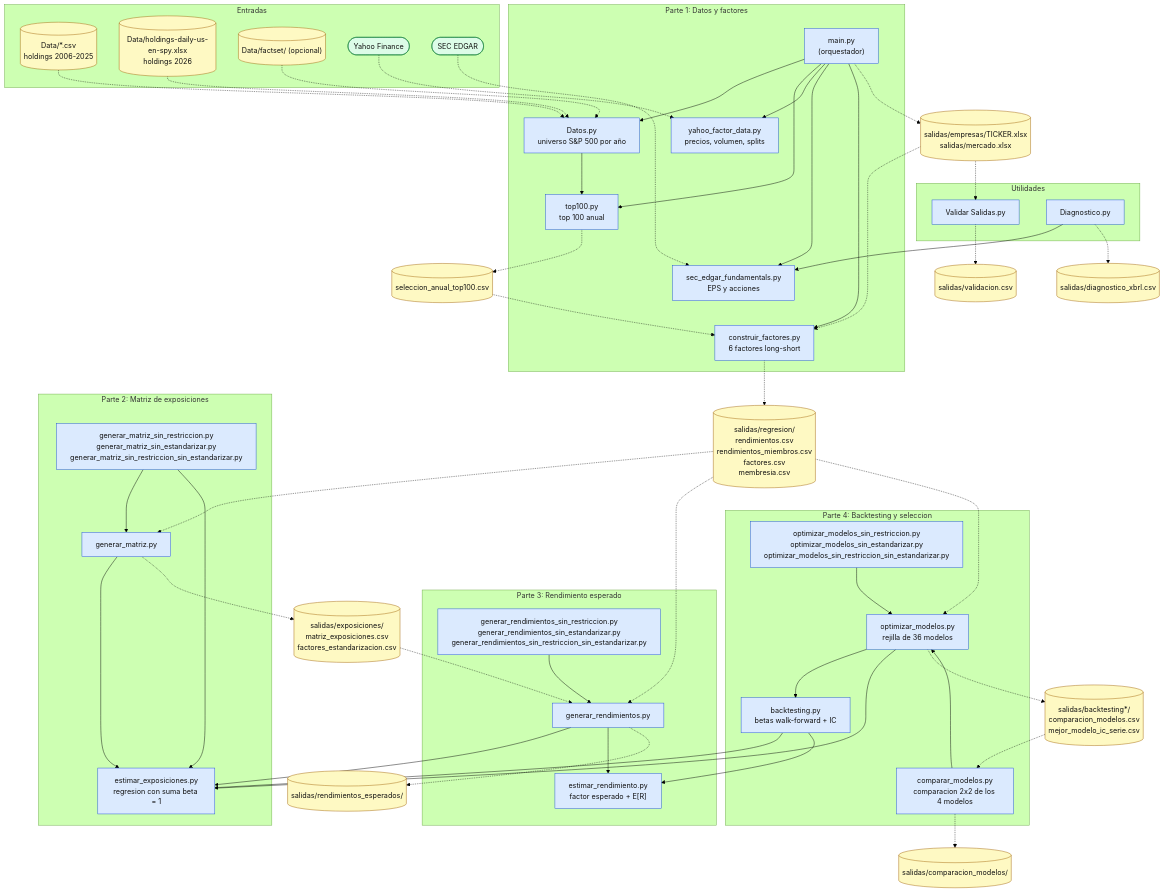
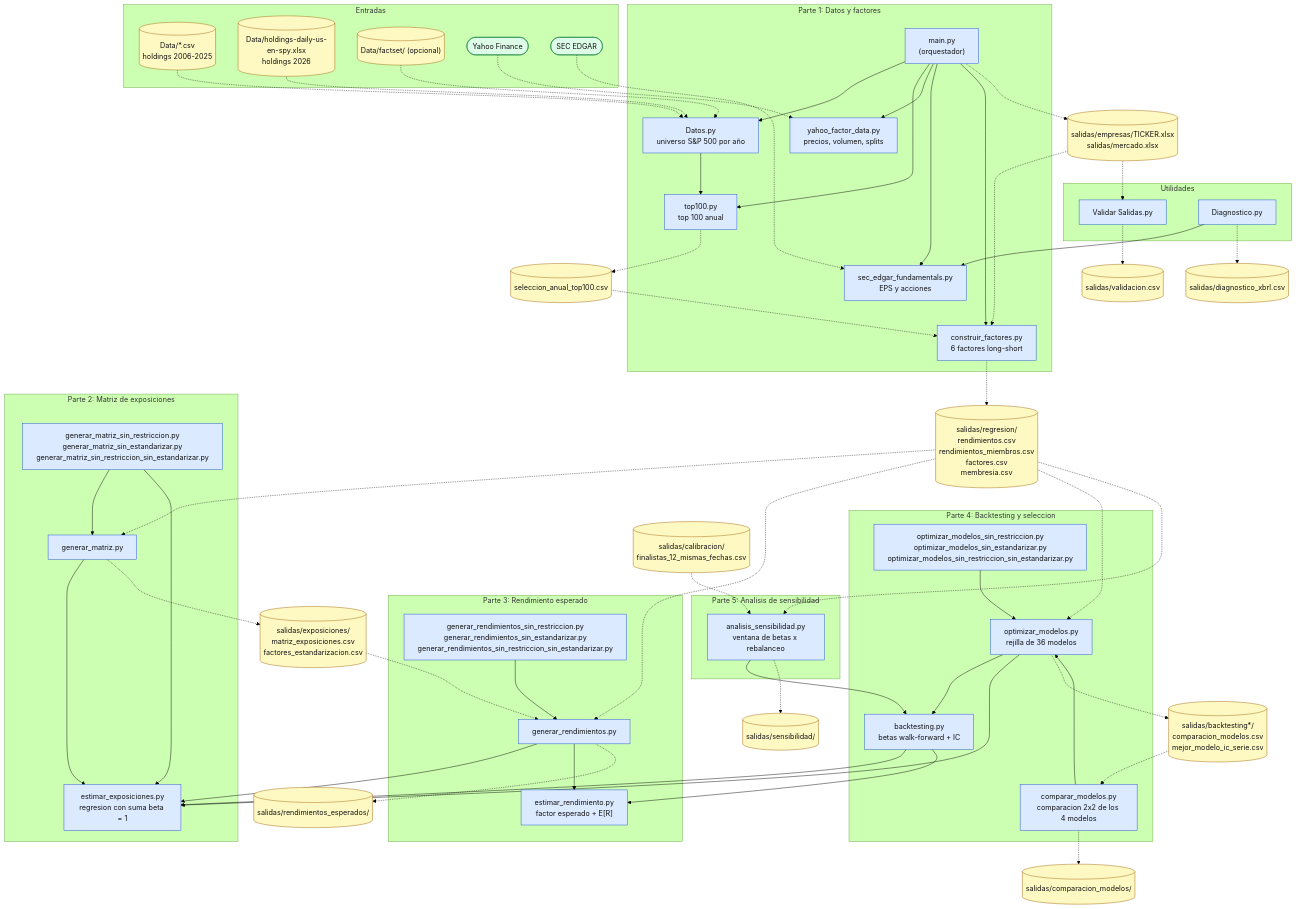
The diagram in README.md (AnaSofiaHinojosa/PAP_IPEJAL_2), drawn with Mermaid (forest theme) before and after one commit. The commit also changed other lines of this file and 2 other files, not shown here.

Commit message:
Ajuste al análisis de sensibilidad

````diff
--- a/README.md
+++ b/README.md
@@ -104,6 +105,16 @@
     COMP --> OPT
     COMP -.-> CMP[("salidas/comparacion_modelos/")]
 
+    %% ===== PARTE 5 =====
+    subgraph P5["Parte 5: Analisis de sensibilidad"]
+        SENS["analisis_sensibilidad.py<br/>ventana de betas x rebalanceo"]
+    end
+
+    CAL[("salidas/calibracion/<br/>finalistas_12_mismas_fechas.csv")] -.-> SENS
+    REG -.-> SENS
+    SENS --> BACK
+    SENS -.-> SOUT[("salidas/sensibilidad/")]
+
     %% ===== UTILIDADES =====
     subgraph UTIL["Utilidades"]
         VAL["Validar Salidas.py"]
@@ -120,7 +131,7 @@
     classDef datos fill:#fef9c3,stroke:#a16207,color:#111;
     classDef externo fill:#dcfce7,stroke:#15803d,color:#111;
 
-    class MAIN,DATOS,TOP,YAH,SEC,FAC,EXPO,GMAT,GMATV,ERES,GREN,GRENV,BACK,OPT,OPTV,COMP,VAL,DIAG script;
-    class D1,D2,D3,SEL,EMP,REG,MEXP,RESP,BT,CMP,VCSV,DCSV datos;
+    class MAIN,DATOS,TOP,YAH,SEC,FAC,EXPO,GMAT,GMATV,ERES,GREN,GRENV,BACK,OPT,OPTV,COMP,SENS,VAL,DIAG script;
+    class D1,D2,D3,SEL,EMP,REG,MEXP,RESP,BT,CMP,CAL,SOUT,VCSV,DCSV datos;
     class EXT1,EXT2 externo;
 ```
````
